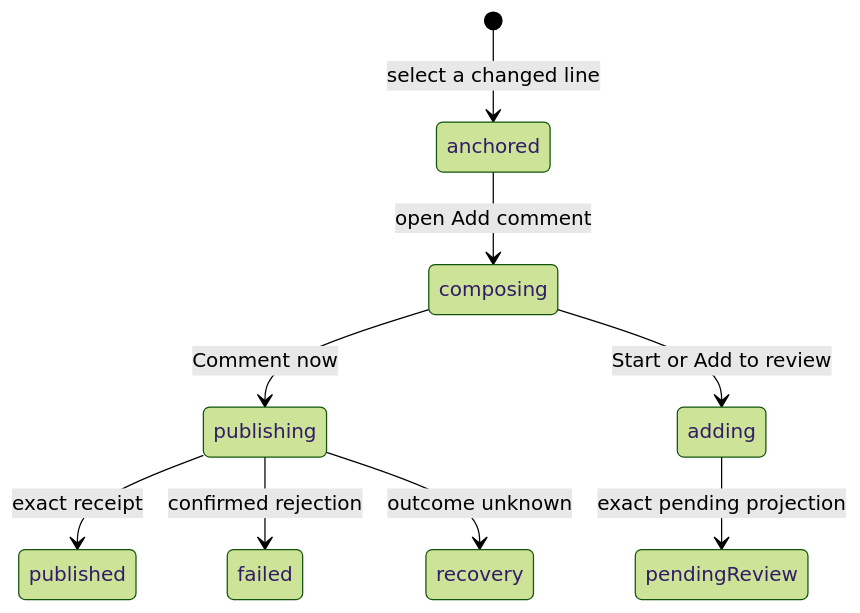
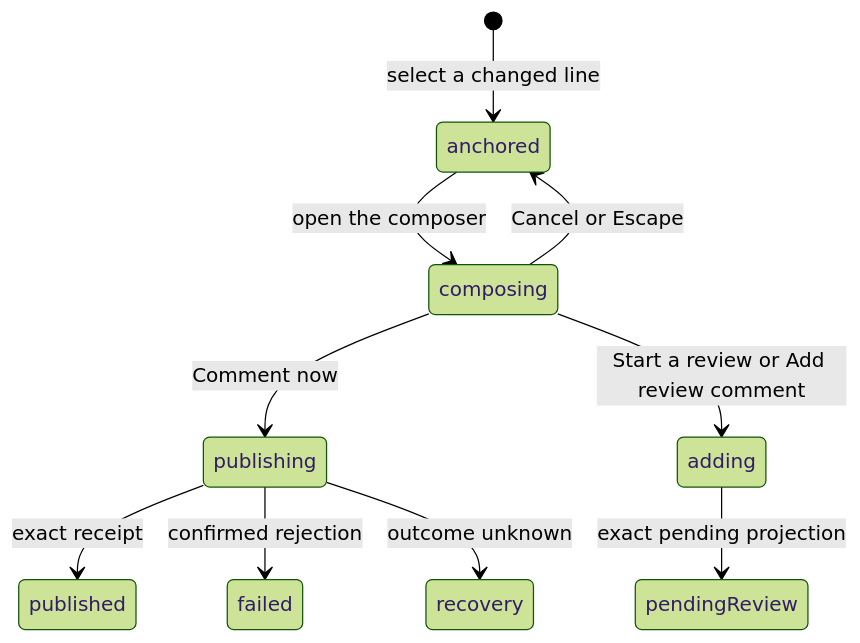
Before and after one commit to kwanpham2195/patchdesk: the diagram in docs/product-description/review-workbench/inline-conversations.md, drawn with Mermaid (forest theme). The commit also changed other lines of this file and 4 other files, not shown here.

````diff
--- a/docs/product-description/review-workbench/inline-conversations.md
+++ b/docs/product-description/review-workbench/inline-conversations.md
@@ -13,11 +15,12 @@
 ```mermaid
 stateDiagram-v2
     [*] --> anchored : select a changed line
-    anchored --> composing : open Add comment
+    anchored --> composing : open the composer
+    composing --> anchored : Cancel or Escape
     composing --> publishing : Comment now
-    composing --> adding : Start or Add to review
+    composing --> adding : Start a review or Add review comment
     publishing --> published : exact receipt
     publishing --> failed : confirmed rejection
     adding --> pendingReview : exact pending projection
     publishing --> recovery : outcome unknown
 ```
````
